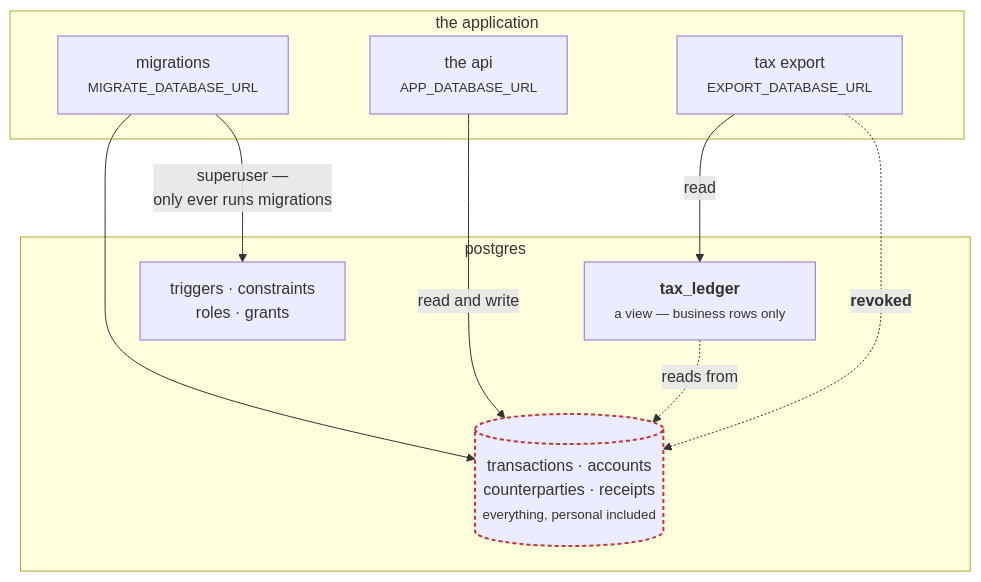
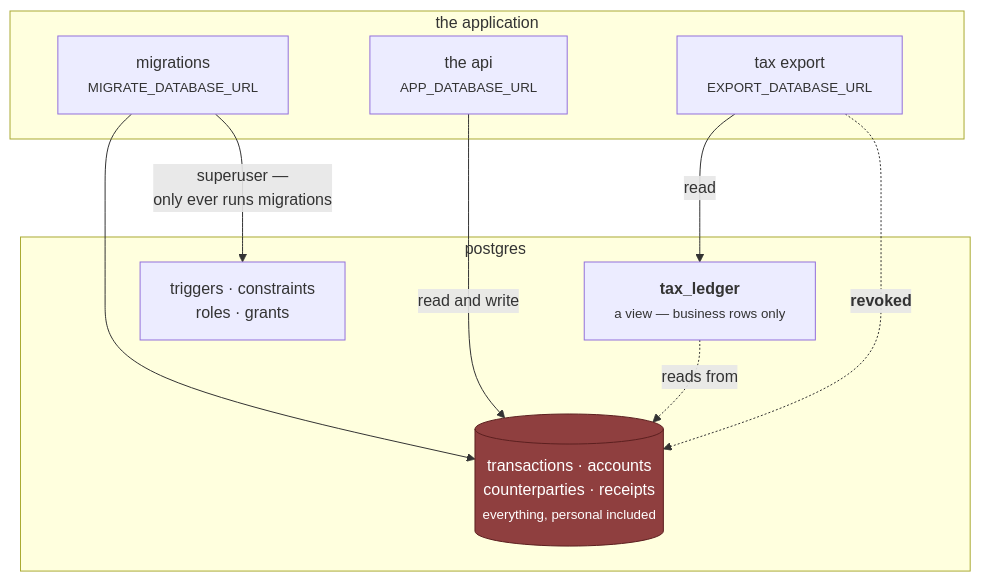
One commit to VoltLightning/waltning changed the first of 3 diagrams in docs/wiki/Tax-Isolation.md. Above: the diagram before and after it, drawn with Mermaid. The commit also changed 5 other files, not shown here.

````diff
--- a/docs/wiki/Tax-Isolation.md
+++ b/docs/wiki/Tax-Isolation.md
@@ -26,24 +26,24 @@
 ```mermaid
 graph TB
     subgraph app["the application"]
         MIG["migrations<br/><small>MIGRATE_DATABASE_URL</small>"]
         API["the api<br/><small>APP_DATABASE_URL</small>"]
         EXP["tax export<br/><small>EXPORT_DATABASE_URL</small>"]
     end
 
     subgraph pg["postgres"]
         VIEW["<b>tax_ledger</b><br/><small>a view — business rows only</small>"]
         TABLES[("transactions · accounts<br/>counterparties · receipts<br/><small>everything, personal included</small>")]
         OBJ["triggers · constraints<br/>roles · grants"]
     end
 
     MIG -->|"superuser —<br/>only ever runs migrations"| OBJ
     MIG --> TABLES
     API -->|"read and write"| TABLES
     EXP -->|"read"| VIEW
     VIEW -.->|"reads from"| TABLES
     EXP -.->|"<b>revoked</b>"| TABLES
 
-    classDef danger stroke:#c33,stroke-width:2px,stroke-dasharray: 4 3
+    classDef danger fill:#8f3f3f,stroke:#5c2020,color:#fff
     class TABLES danger
 ```
````
